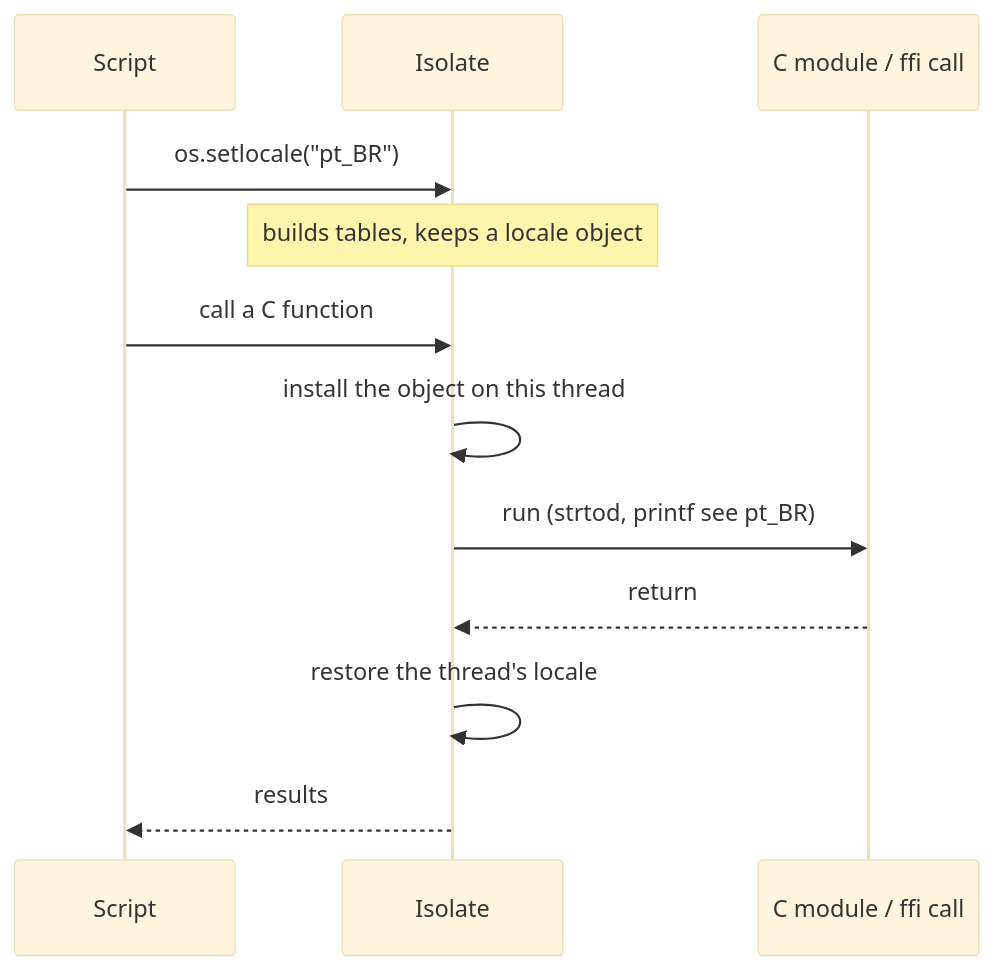
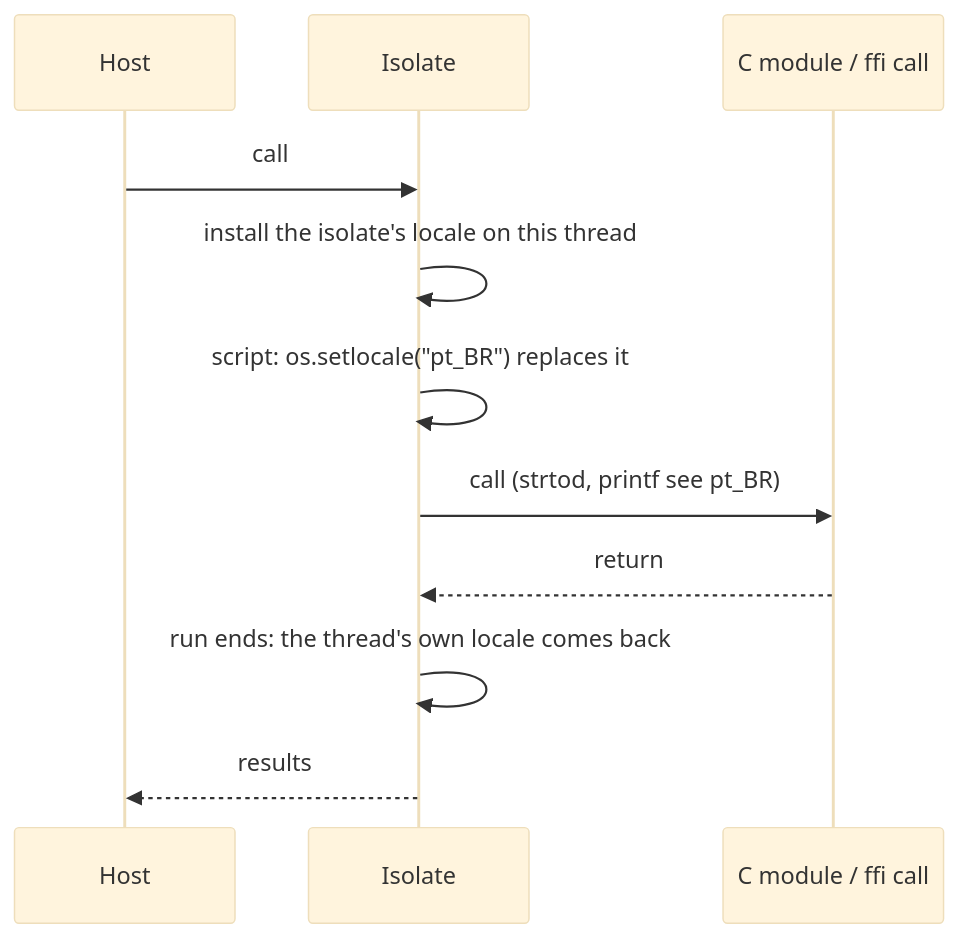
The diagram in docs/adr/0013-locales.md (orbitscript-lang/OrbitScript), drawn with Mermaid (base theme) before and after one commit. The commit also changed other lines of this file and 14 other files, not shown here.

First line of the commit message:
os.setlocale: optional "process" and "thread" scopes

````diff
--- a/docs/adr/0013-locales.md
+++ b/docs/adr/0013-locales.md
@@ -29,14 +29,13 @@
 ```mermaid
 sequenceDiagram
-    participant S as Script
+    participant H as Host
     participant VM as Isolate
     participant C as C module / ffi call
-    S->>VM: os.setlocale("pt_BR")
-    Note over VM: builds tables, keeps a locale object
-    S->>VM: call a C function
-    VM->>VM: install the object on this thread
-    VM->>C: run (strtod, printf see pt_BR)
+    H->>VM: call
+    VM->>VM: install the isolate's locale on this thread
+    VM->>VM: script: os.setlocale("pt_BR") replaces it
+    VM->>C: call (strtod, printf see pt_BR)
     C-->>VM: return
-    VM->>VM: restore the thread's locale
-    VM-->>S: results
+    VM->>VM: run ends: the thread's own locale comes back
+    VM-->>H: results
 ```
````
